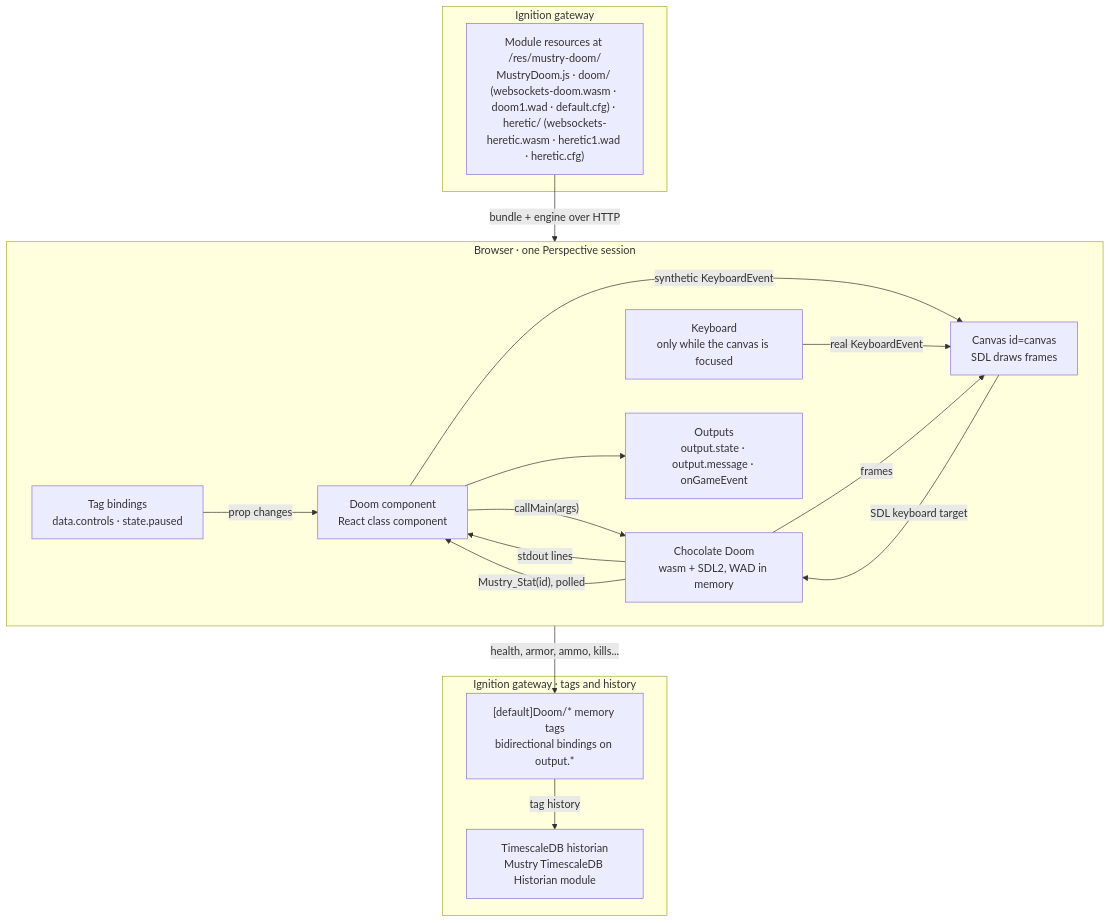
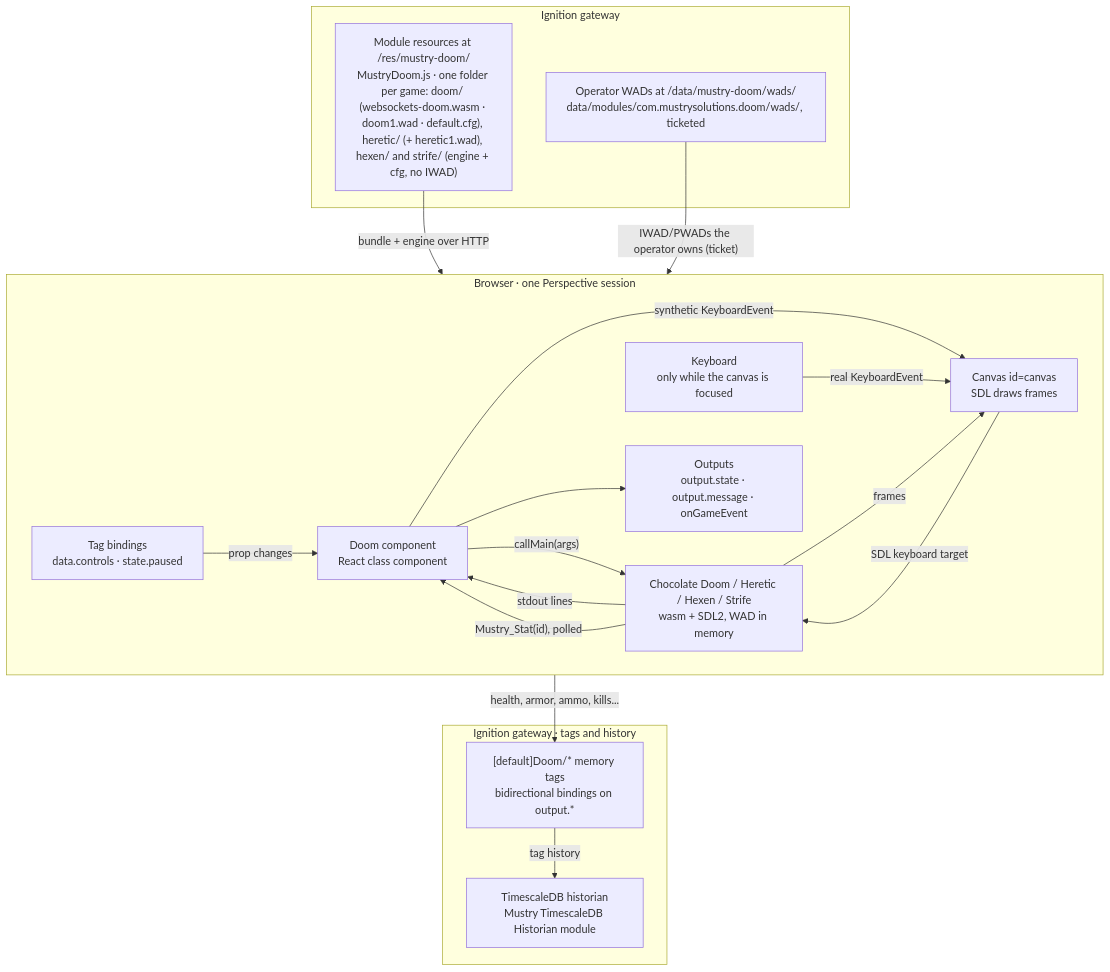
One commit to Mustry-Solutions/ignition-doom-module changed the diagram in docs/reference.md. Above: the diagram before and after it, drawn with Mermaid. The commit also changed other lines of this file and 16 other files, not shown here.

````diff
--- a/docs/reference.md
+++ b/docs/reference.md
@@ -8,34 +8,36 @@
 ```mermaid
 flowchart TB
     subgraph GW[Ignition gateway]
-        RES["Module resources at /res/mustry-doom/<br/>MustryDoom.js · doom/ (websockets-doom.wasm · doom1.wad · default.cfg) · heretic/ (websockets-heretic.wasm · heretic1.wad · heretic.cfg)"]
+        RES["Module resources at /res/mustry-doom/<br/>MustryDoom.js · one folder per game: doom/ (websockets-doom.wasm · doom1.wad · default.cfg), heretic/ (+ heretic1.wad), hexen/ and strife/ (engine + cfg, no IWAD)"]
+        WADS["Operator WADs at /data/mustry-doom/wads/<br/>data/modules/com.mustrysolutions.doom/wads/, ticketed"]
     end
 
     subgraph BR[Browser · one Perspective session]
         direction LR
         TAGS["Tag bindings<br/>data.controls · state.paused"]
         KEYS["Keyboard<br/>only while the canvas is focused"]
         COMP["Doom component<br/>React class component"]
         OUT["Outputs<br/>output.state · output.message · onGameEvent"]
-        ENG["Chocolate Doom<br/>wasm + SDL2, WAD in memory"]
+        ENG["Chocolate Doom / Heretic / Hexen / Strife<br/>wasm + SDL2, WAD in memory"]
         CANVAS["Canvas id=canvas<br/>SDL draws frames"]
     end
 
     subgraph HIST[Ignition gateway · tags and history]
         TAGSOUT["[default]Doom/* memory tags<br/>bidirectional bindings on output.*"]
         TSDB["TimescaleDB historian<br/>Mustry TimescaleDB Historian module"]
     end
 
     RES -->|bundle + engine over HTTP| COMP
+    WADS -->|"IWAD/PWADs the operator owns (ticket)"| COMP
     TAGS -->|prop changes| COMP
     COMP -->|"callMain(args)"| ENG
     COMP -->|synthetic KeyboardEvent| CANVAS
     KEYS -->|real KeyboardEvent| CANVAS
     CANVAS -->|SDL keyboard target| ENG
     ENG -->|frames| CANVAS
     ENG -->|stdout lines| COMP
     ENG -->|"Mustry_Stat(id), polled"| COMP
     COMP --> OUT
     OUT -->|health, armor, ammo, kills...| TAGSOUT
     TAGSOUT -->|tag history| TSDB
 ```
````
